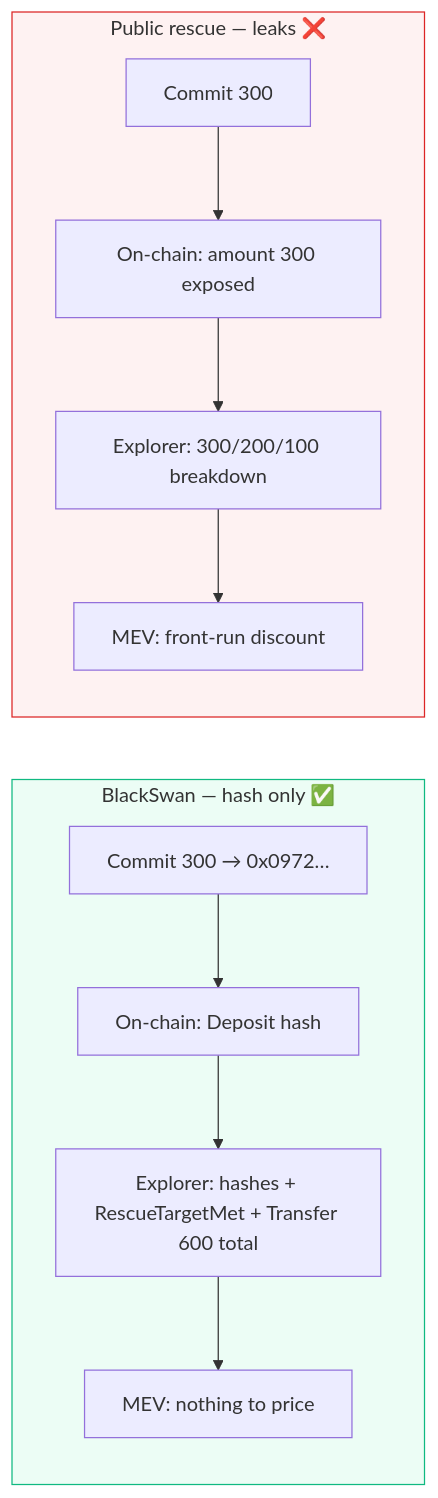
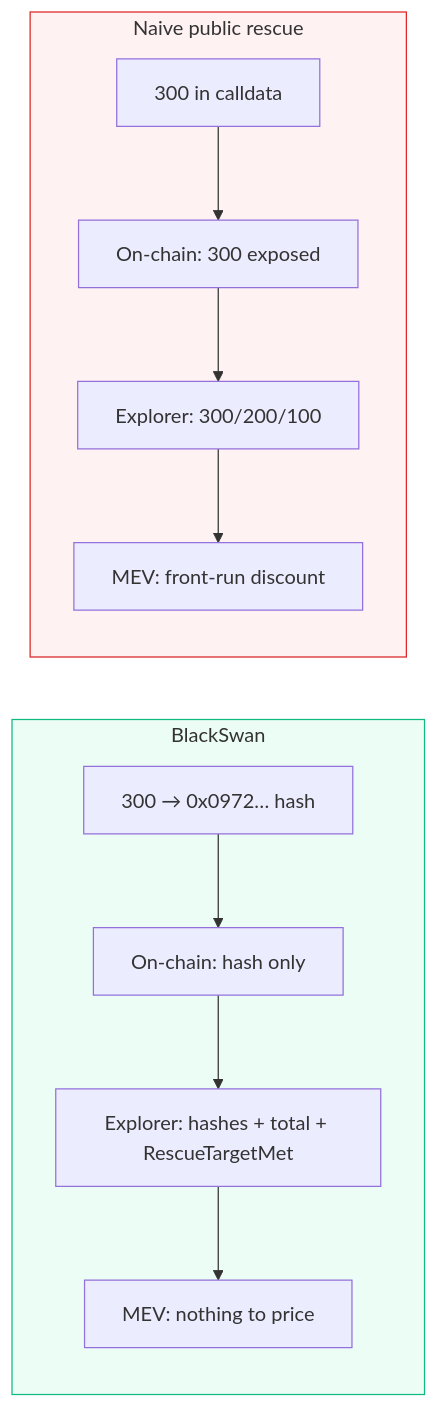
Before and after one commit to sujalmh/blackswan-relay: the second of 5 diagrams in README.md, drawn with Mermaid. The commit also changed other lines of this file, not shown here.

````diff
--- a/README.md
+++ b/README.md
@@ -47,19 +47,19 @@
 ```mermaid
 flowchart LR
-  subgraph Private["BlackSwan — hash only ✅"]
-    P1[Commit 300 → 0x0972…]
-    P2[On-chain: Deposit hash]
-    P3[Explorer: hashes + RescueTargetMet + Transfer 600 total]
+  subgraph Private["BlackSwan"]
+    P1[300 → 0x0972… hash]
+    P2[On-chain: hash only]
+    P3[Explorer: hashes + total + RescueTargetMet]
     P4[MEV: nothing to price]
     P1 --> P2 --> P3 --> P4
   end
-  subgraph Public["Public rescue — leaks ❌"]
-    Q1[Commit 300]
-    Q2[On-chain: amount 300 exposed]
-    Q3[Explorer: 300/200/100 breakdown]
+  subgraph Public["Naive public rescue"]
+    Q1[300 in calldata]
+    Q2[On-chain: 300 exposed]
+    Q3[Explorer: 300/200/100]
     Q4[MEV: front-run discount]
     Q1 --> Q2 --> Q3 --> Q4
   end
   style Private fill:#ECFDF5,stroke:#10B981
   style Public fill:#FEF2F2,stroke:#DC2626
 ```
````
